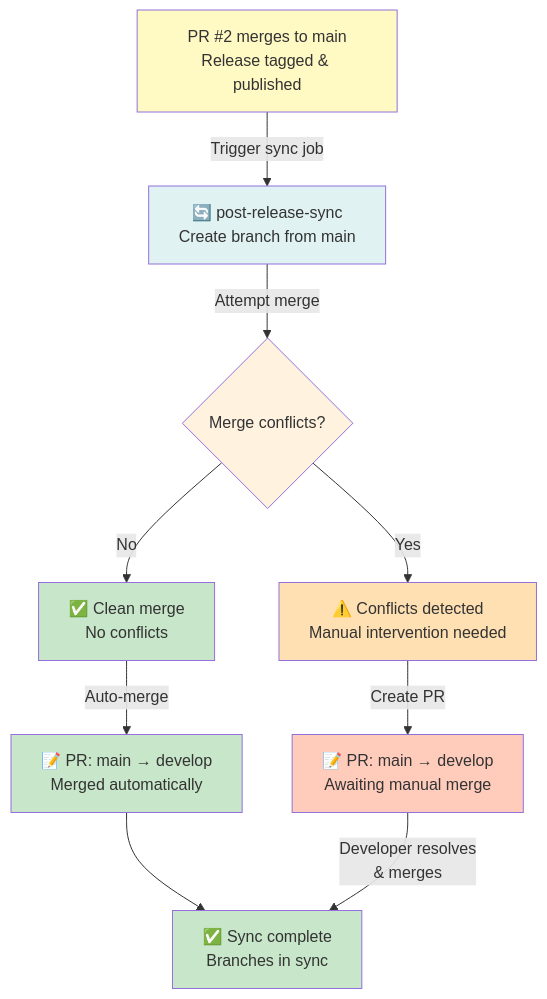
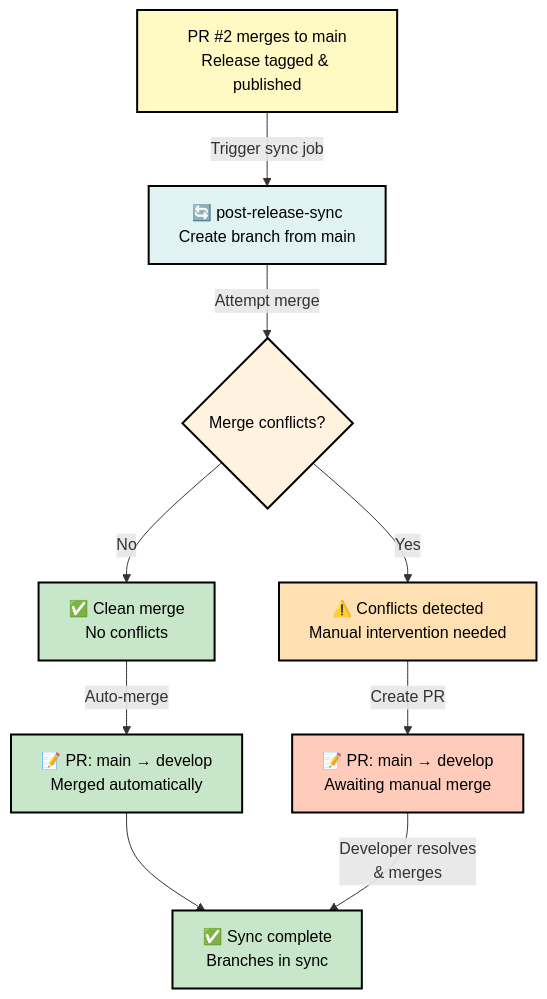
The third of 4 diagrams in docs/RELEASE_PROCESS.md (lightspeedwp/.github), drawn with Mermaid before and after one commit. The commit also changed other lines of this file and 10 other files, not shown here.

````diff
--- a/docs/RELEASE_PROCESS.md
+++ b/docs/RELEASE_PROCESS.md
@@ -285,20 +289,22 @@
 ```mermaid
-graph TD
+flowchart TD
+    accTitle: Post-release sync flow
+    accDescr: Automatic merge of main into develop after release, handling conflicts with manual PR if needed
     A["PR #2 merges to main<br/>Release tagged & published"] -->|Trigger sync job| B["🔄 post-release-sync<br/>Create branch from main"]
     B -->|Attempt merge| C{Merge conflicts?}
     C -->|No| D["✅ Clean merge<br/>No conflicts"]
     C -->|Yes| E["⚠️ Conflicts detected<br/>Manual intervention needed"]
     D -->|Auto-merge| F["📝 PR: main → develop<br/>Merged automatically"]
     F --> G["✅ Sync complete<br/>Branches in sync"]
     E -->|Create PR| H["📝 PR: main → develop<br/>Awaiting manual merge"]
     H -->|Developer resolves<br/>& merges| G
     
-    style A fill:#fff9c4
-    style B fill:#e0f2f1
-    style C fill:#fff3e0
-    style D fill:#c8e6c9
-    style E fill:#ffe0b2
-    style F fill:#c8e6c9
-    style G fill:#c8e6c9
-    style H fill:#ffccbc
+    style A fill:#fff9c4,color:#000,stroke:#000,stroke-width:2px
+    style B fill:#e0f2f1,color:#000,stroke:#000,stroke-width:2px
+    style C fill:#fff3e0,color:#000,stroke:#000,stroke-width:2px
+    style D fill:#c8e6c9,color:#000,stroke:#000,stroke-width:2px
+    style E fill:#ffe0b2,color:#000,stroke:#000,stroke-width:2px
+    style F fill:#c8e6c9,color:#000,stroke:#000,stroke-width:2px
+    style G fill:#c8e6c9,color:#000,stroke:#000,stroke-width:2px
+    style H fill:#ffccbc,color:#000,stroke:#000,stroke-width:2px
 ```
````
